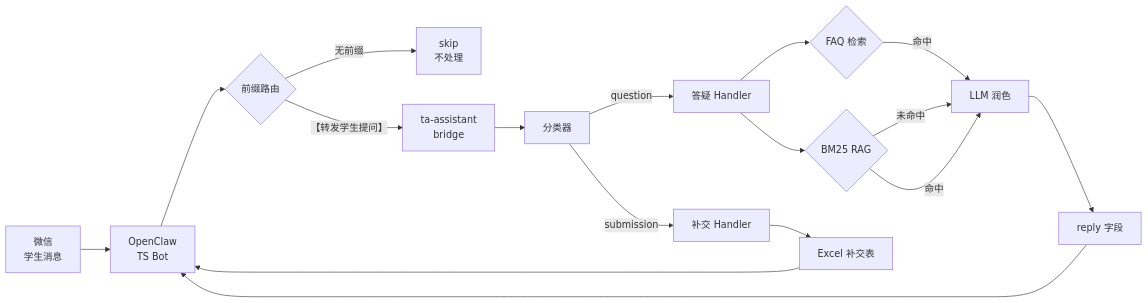
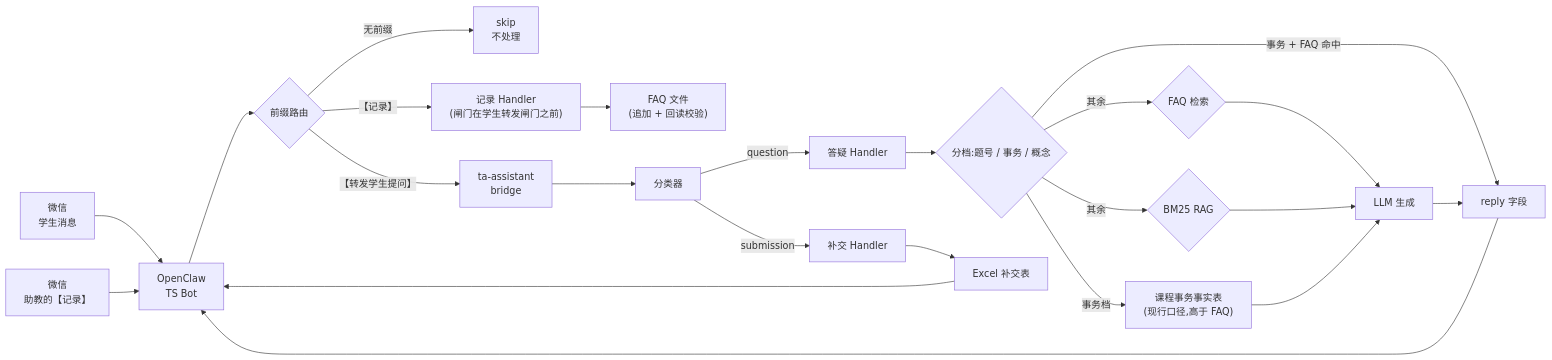
The diagram in README.md (mc-dl/ta-assistant), drawn with Mermaid before and after one commit. The commit also changed other lines of this file and 68 other files, not shown here.

````diff
--- a/README.md
+++ b/README.md
@@ -28,19 +44,25 @@
 ```mermaid
 flowchart LR
     A["微信\n学生消息"] --> B["OpenClaw\nTS Bot"]
+    R["微信\n助教的【记录】"] --> B
     B --> C{"前缀路由"}
     C -->|无前缀| D["skip\n不处理"]
     C -->|"【转发学生提问】"| E["ta-assistant\nbridge"]
+    C -->|"【记录】"| P["记录 Handler\n(闸门在学生转发闸门之前)"]
+    P --> Q["FAQ 文件\n(追加 + 回读校验)"]
     E --> F["分类器"]
     F -->|"submission"| G["补交 Handler"]
     F -->|"question"| H["答疑 Handler"]
-    H --> I{"FAQ 检索"}
-    H --> J{"BM25 RAG"}
-    I -->|命中| K["LLM 润色"]
-    J -->|未命中| K
-    J -->|命中| K
+    H --> N{"分档:题号 / 事务 / 概念"}
+    N -->|"事务 + FAQ 命中"| L["reply 字段"]
+    N -->|"其余"| I{"FAQ 检索"}
+    N -->|"其余"| J{"BM25 RAG"}
+    N -->|"事务档"| O["课程事务事实表\n(现行口径,高于 FAQ)"]
+    I --> K["LLM 生成"]
+    J --> K
+    O --> K
     K --> L["reply 字段"]
     G --> M["Excel 补交表"]
     L --> B
     M --> B
 ```
````
